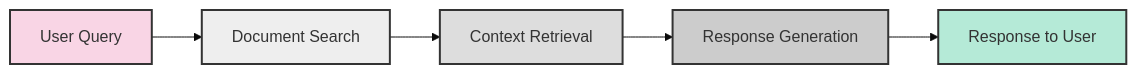
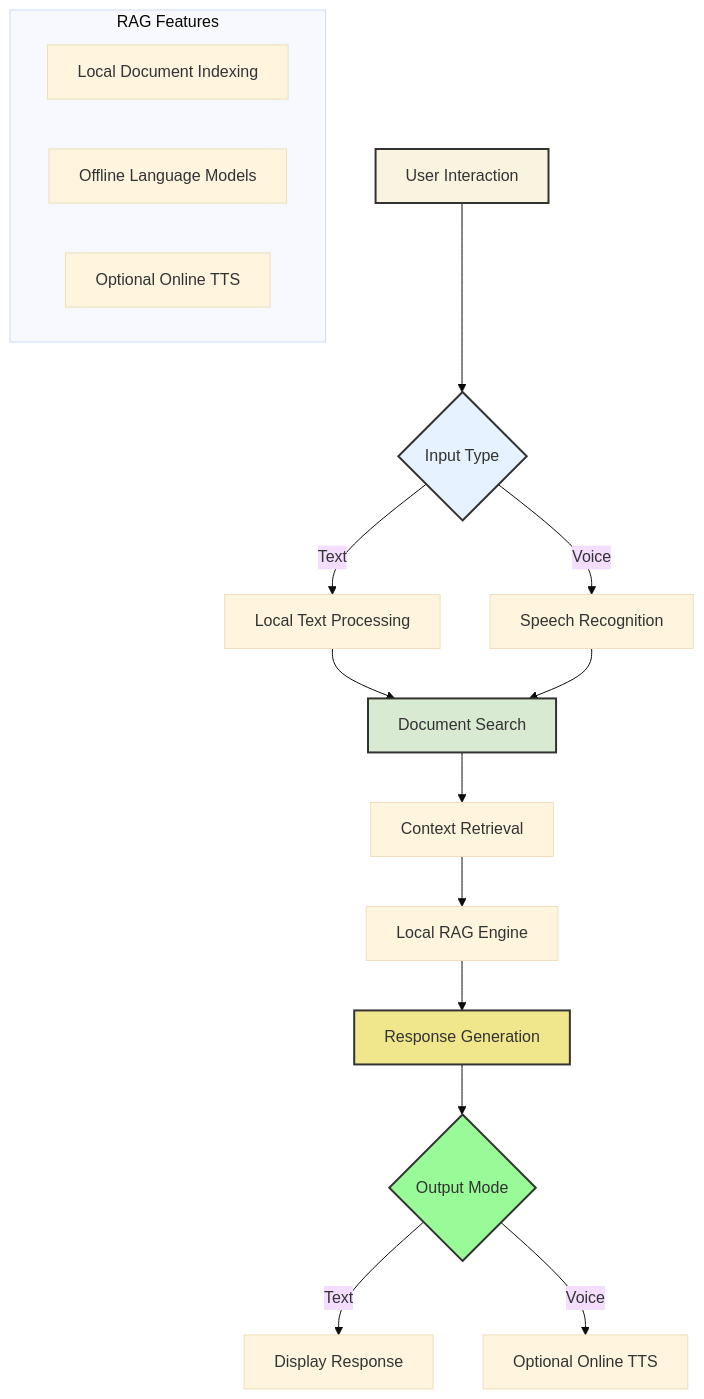
Before and after one commit to inareshmatta/iSkillMatta-Private-VOICE_RAGAI: the first of 2 diagrams in README.md, drawn with Mermaid (base theme). The commit also changed other lines of this file, not shown here.

````diff
--- a/README.md
+++ b/README.md
@@ -104,13 +38,30 @@
 ```mermaid
-flowchart LR
-    A[User Query] --> B[Document Search]
-    B --> C[Context Retrieval]
-    C --> D[Response Generation]
-    D --> E[Response to User]
-
-    style A fill:#f9d5e5,stroke:#333,stroke-width:2px
-    style B fill:#eeeeee,stroke:#333,stroke-width:2px
-    style C fill:#dddddd,stroke:#333,stroke-width:2px
-    style D fill:#cccccc,stroke:#333,stroke-width:2px
-    style E fill:#b5ead7,stroke:#333,stroke-width:2px
+flowchart TB
+    A[User Interaction] --> B{Input Type}
+    B -->|Text| C[Local Text Processing]
+    B -->|Voice| D[Speech Recognition]
+    
+    C --> E[Document Search]
+    D --> E
+    
+    E --> F[Context Retrieval]
+    F --> G[Local RAG Engine]
+    G --> H[Response Generation]
+    
+    H --> I{Output Mode}
+    I -->|Text| J[Display Response]
+    I -->|Voice| K[Optional Online TTS]
+    
+    subgraph RAG Features
+        direction LR
+        LocalRAG[Local Document Indexing]
+        LocalModel[Offline Language Models]
+        OnlineTTS[Optional Online TTS]
+    end
+    
+    style A fill:#f9f3e0,stroke:#333,stroke-width:2px
+    style B fill:#e6f2ff,stroke:#333,stroke-width:2px
+    style E fill:#d9ead3,stroke:#333,stroke-width:2px
+    style H fill:#f0e68c,stroke:#333,stroke-width:2px
+    style I fill:#98fb98,stroke:#333,stroke-width:2px
 ```
````
